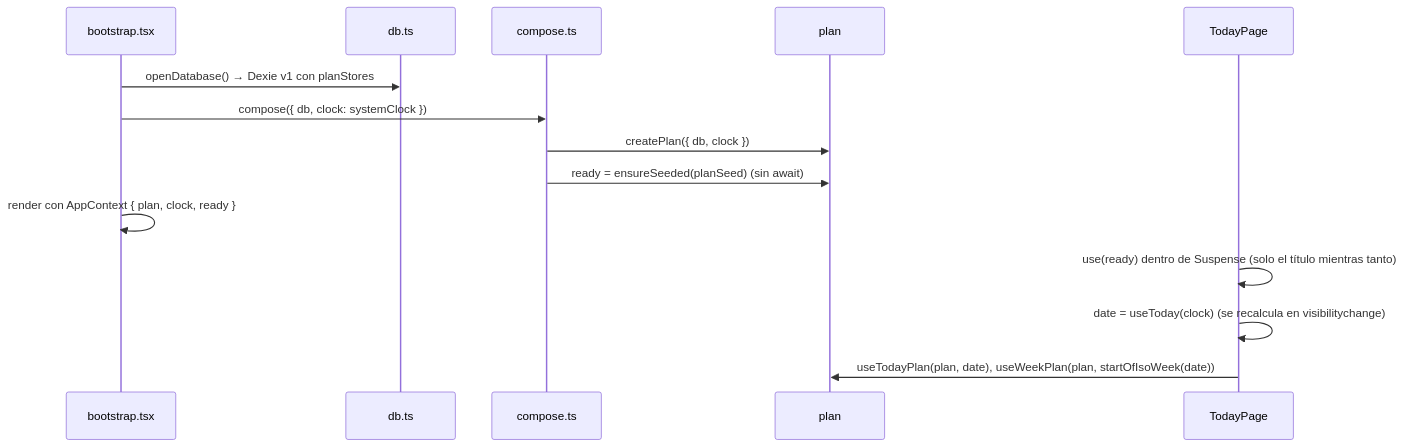
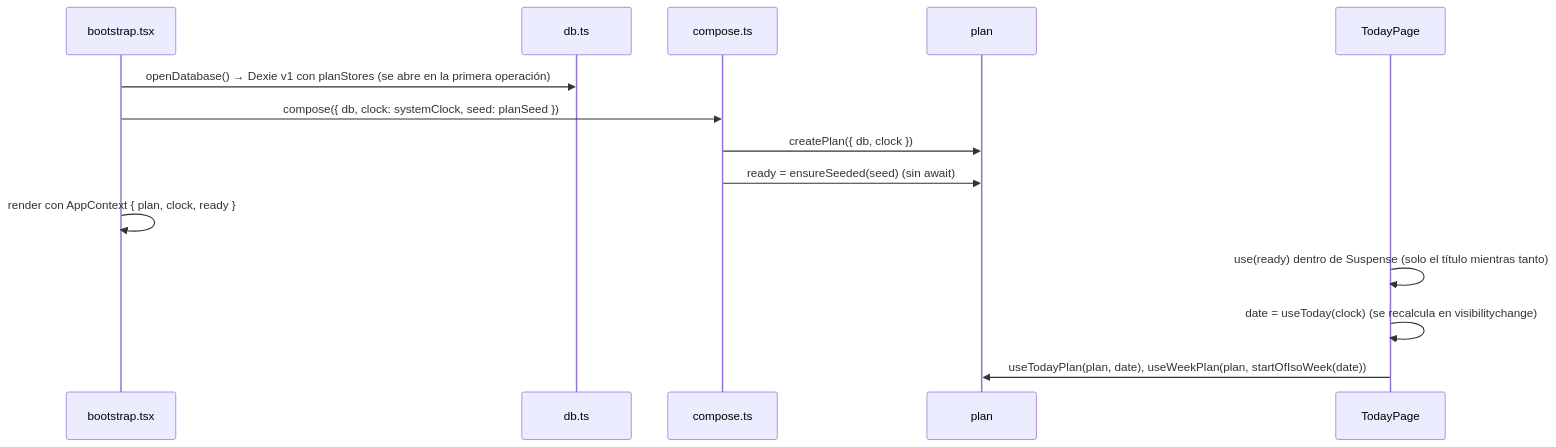
Before and after one commit to saulgmx/gym-app: the diagram in docs/specs/001-fase-1/plan.md, drawn with Mermaid. The commit also changed other lines of this file and 1 other file, not shown here.

Commit message:
docs(plan): define database opening and ready before T12
openDatabase is synchronous and Dexie opens on first use, so a database
that does not open rejects ready; compose takes the seed as a dependency;
ready carries the DomainError in cause and is marked handled so the
error shows once, through use(ready) in T17.

````diff
--- a/docs/specs/001-fase-1/plan.md
+++ b/docs/specs/001-fase-1/plan.md
@@ -144,16 +144,16 @@
 ```mermaid
 sequenceDiagram
   participant B as bootstrap.tsx
   participant DB as db.ts
   participant C as compose.ts
   participant P as plan
   participant T as TodayPage
-  B->>DB: openDatabase() → Dexie v1 con planStores
-  B->>C: compose({ db, clock: systemClock })
+  B->>DB: openDatabase() → Dexie v1 con planStores (se abre en la primera operación)
+  B->>C: compose({ db, clock: systemClock, seed: planSeed })
   C->>P: createPlan({ db, clock })
-  C->>P: ready = ensureSeeded(planSeed) (sin await)
+  C->>P: ready = ensureSeeded(seed) (sin await)
   B->>B: render con AppContext { plan, clock, ready }
   T->>T: use(ready) dentro de Suspense (solo el título mientras tanto)
   T->>T: date = useToday(clock) (se recalcula en visibilitychange)
   T->>P: useTodayPlan(plan, date), useWeekPlan(plan, startOfIsoWeek(date))
 ```
````
